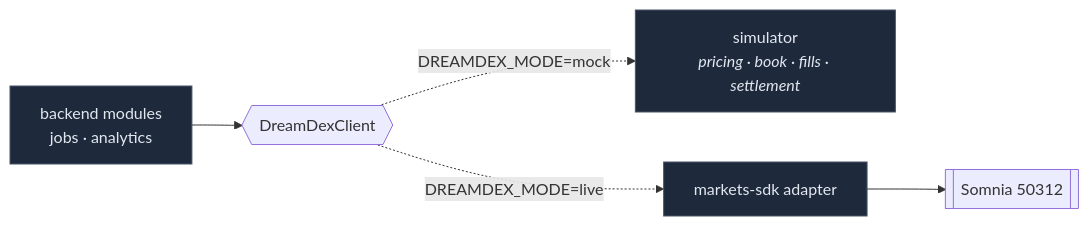
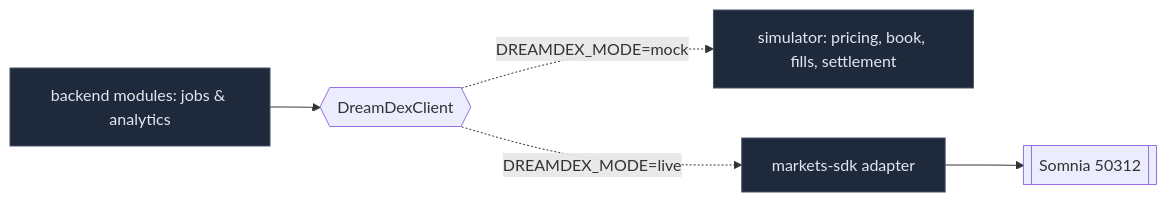
Before and after one commit to midexol/Oracle: the diagram in docs/adr/0002-single-dreamdex-boundary.md, drawn with Mermaid. The commit also changed 4 other files, not shown here.

Commit message:
Fix Mermaid diagrams rendering across documentation and add dev:frontend script

````diff
--- a/docs/adr/0002-single-dreamdex-boundary.md
+++ b/docs/adr/0002-single-dreamdex-boundary.md
@@ -32,8 +32,9 @@
 ```mermaid
-graph LR
-    APP["backend modules<br/>jobs · analytics"] --> I{{"DreamDexClient"}}
-    I -.->|"DREAMDEX_MODE=mock"| M["simulator<br/><i>pricing · book · fills · settlement</i>"]
-    I -.->|"DREAMDEX_MODE=live"| L["markets-sdk adapter"] --> C[["Somnia 50312"]]
+flowchart LR
+    APP["backend modules: jobs & analytics"] --> I{{"DreamDexClient"}}
+    I -.->|"DREAMDEX_MODE=mock"| M["simulator: pricing, book, fills, settlement"]
+    I -.->|"DREAMDEX_MODE=live"| L["markets-sdk adapter"]
+    L --> C[["Somnia 50312"]]
     classDef n fill:#1e293b,stroke:#475569,color:#e2e8f0
     class APP,M,L n
 ```
````
